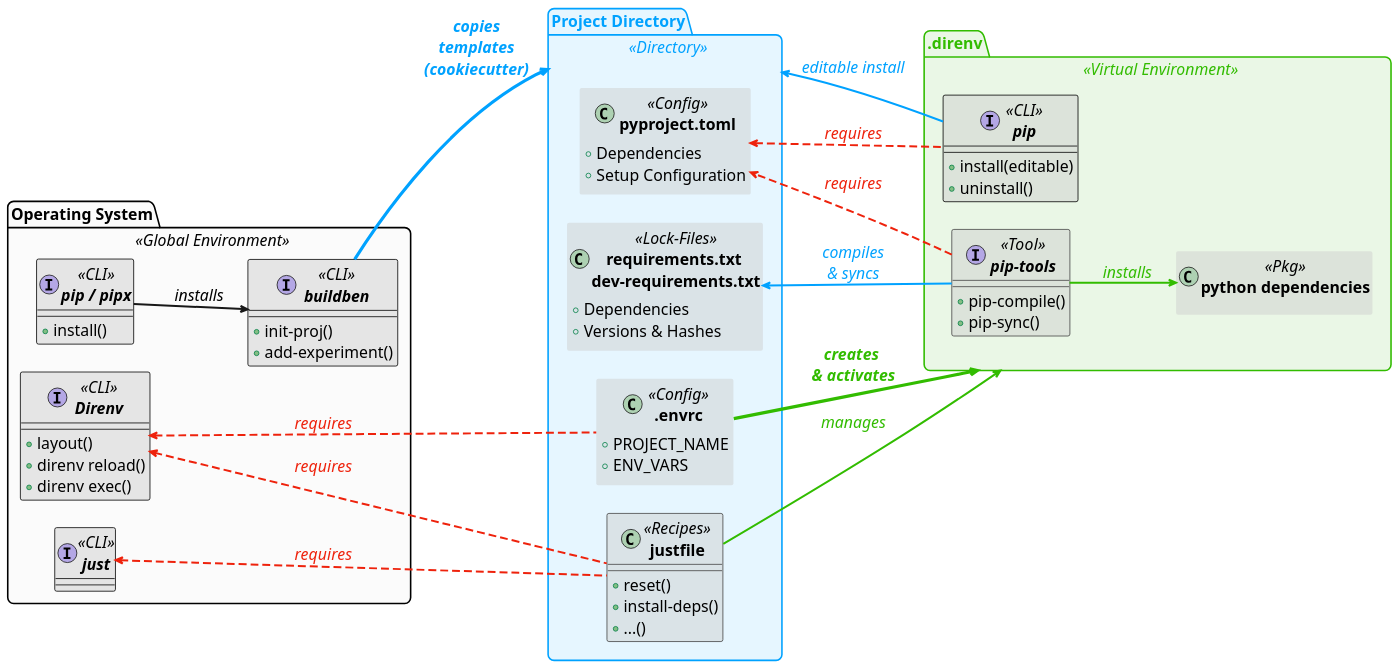
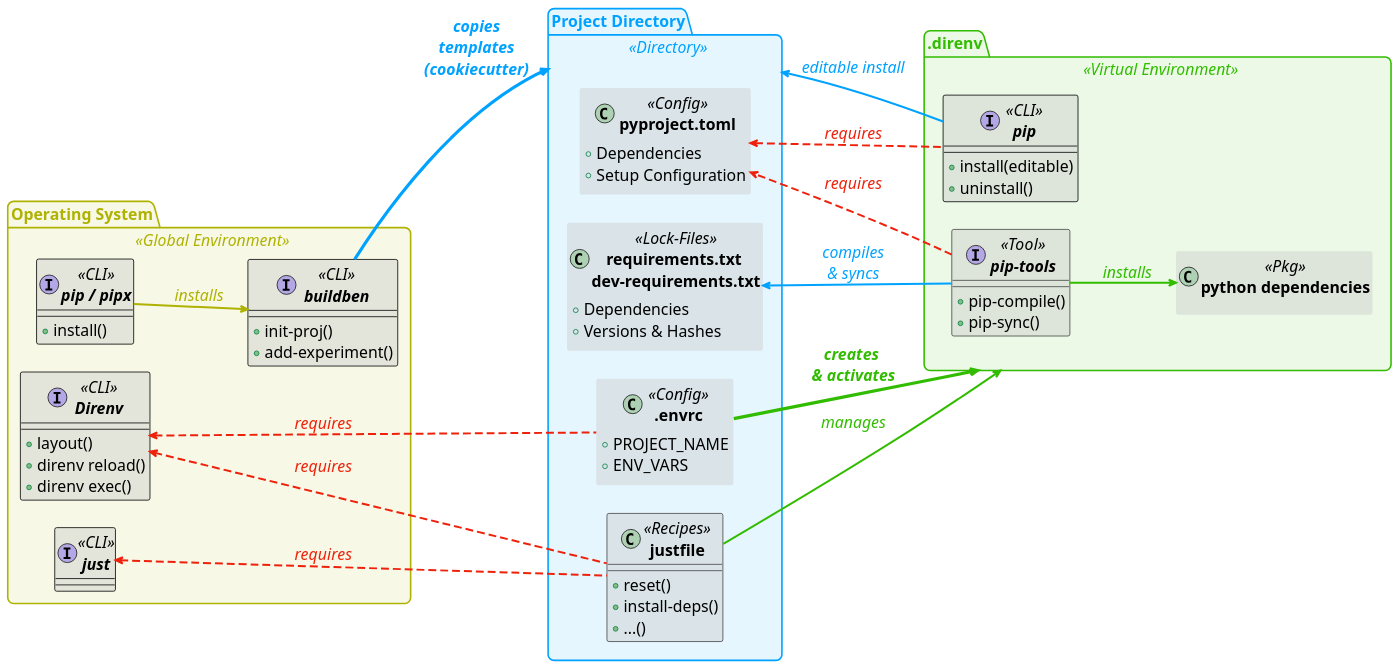
The diagram in assets/figures/diagram.puml (HisQu/buildben), drawn with PlantUML before and after one commit. The commit also changed 2 other files, not shown here.

Commit message:
fix background

```diff
--- a/assets/figures/diagram.puml
+++ b/assets/figures/diagram.puml
@@ -1,178 +1,183 @@
 @startuml
 left to right direction
 ' top to bottom direction
 
 ' === Global look & feel =============
 skinparam defaultFontSize 20
 ' skinparam BackgroundColor #00000010
 skinparam BackgroundColor transparent
 
 ' ======================================
 skinparam package {
     RoundCorner 15
     BorderThickness 2
     ' BackgroundColor #00A2FF19
     ' BorderColor #00A2FF
     ' FontColor   #00A2FF
 }
 skinparam package<<Global Environment>> {
-    BackgroundColor #eeeeee44
+    BackgroundColor #afb20019
+    BorderColor #afb200ff
+    FontColor   #afb200ff
 }
 skinparam package<<Virtual Environment>>{
-    BackgroundColor #2ead0019
+    BackgroundColor #32bc0019
     BorderColor #32bc00ff
     FontColor   #32bc00ff
 }
 skinparam package<<Directory>> {
     BackgroundColor #00A2FF19
     BorderColor #00A2FF
     FontColor   #00A2FF
 }
 
 ' ======================================
 skinparam class {
     BackgroundColor #cccccc77
     BorderColor     #444444
     BorderThickness 1
     FontStyle bold
     RoundCorner 15
 }
 skinparam class<<CLI>> {
     BorderColor     #000000
 }
 skinparam class<<Config>><<Pkg>><<Lock-Files>> {
     BorderColor     #000000
     BorderThickness 0
 }
 
 ' =====================================================================
 
 
 
 
 ' === Package: Global Environment =============
 package "Operating System" as GE <<Global Environment>> {
 
     interface "buildben"      as B   <<CLI>>{
         +init-proj()
         +add-experiment()
     }
     interface "pip / pipx"    as PIP <<CLI>>{
         +install()
     }
     
     interface "just"          as J   <<CLI>>
     interface "Direnv"        as D   <<CLI>>{
         +layout()
         +direnv reload()
         +direnv exec()
     }
     
 }
 
 ' === Package: Project Directory =============
 package "Project Directory" as PDIR <<Directory>> {
 
     class "pyproject.toml"                          as PPRT <<Config>> {
         +Dependencies
         +Setup Configuration
     }
     
     class "justfile"                                as JF  <<Recipes>> {
         +reset()
         +install-deps()
         +...()
     }
     
     class ".envrc"                                  as ERC  <<Config>>{
         +PROJECT_NAME
         +ENV_VARS
     }
     
     class "requirements.txt \ndev-requirements.txt" as RE   <<Lock-Files>> {
         +Dependencies
         +Versions & Hashes
     }
 }
 
 ' === Package: Virtual Environment =============
 package ".direnv" as VENV <<Virtual Environment>> {
     interface "pip-tools"               as PT  <<Tool>>{
         +pip-compile()
         +pip-sync()
     }
     class "python dependencies"     as PD  <<Pkg>>
     ' VE o-- PD : contains
     
     interface "pip"                     as PIPvenv <<CLI>> {
         +install(editable)
         +uninstall()
     }
 }
 
 
 ' =====================================================================
 
 ' === Straight Arrows =============
 
 <style>
 arrow {
     LineThickness 2.5
     FontStyle italic
+    LineColor #afb200ff
+    FontColor   #afb200ff
 }
+
 </style>
 
 PIP --> B : installs
 
 ' =========================
 
 <style>
 arrow {
     LineColor #00A2FF
     FontColor #00A2FF
 }
 </style>
 
 ' PT --> PD <<test>> : installs 
 B -[thickness=4]-> PDIR : **copies**\n**templates**\n**(cookiecutter)** 
 PT  --> RE : compiles\n& syncs
 PDIR <-- PIPvenv : editable install
 
 ' === SPecial Straight Arrows =============
 <style>
 arrow {
     LineColor #32bc00ff
     FontColor #32bc00ff
     LineThickness 2.5
 }
 </style>
 
 ' ERC --> PT : installs
 PT --> PD : installs
 ERC -[thickness=4]-> VENV : **creates** \n**& activates**
 JF --> VENV : manages
 
 
 ' === Dependencies =============
 
 <style>
 arrow {
     LineStyle 10-5
     LineColor #EE220C
     FontColor #EE220C
 }
 </style>
 
 
 D   <-- ERC : requires
 J   <-- JF  : requires
 D   <-- JF  : requires
 
 ' JF  --> PT  
 PT --> PPRT : requires
 
 PPRT <-- PIPvenv: requires
 
 ' ERC -left-  JF     : interacts
 ' PPRT ..> PT    : read by
 @enduml
```
